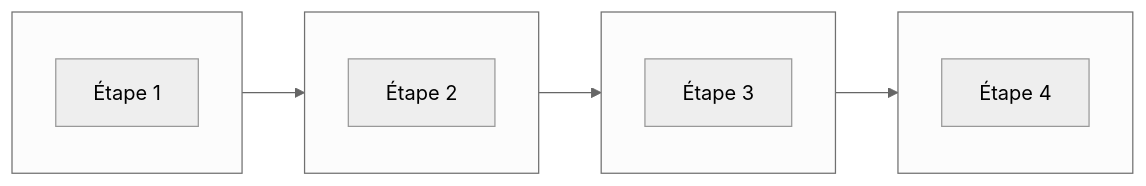
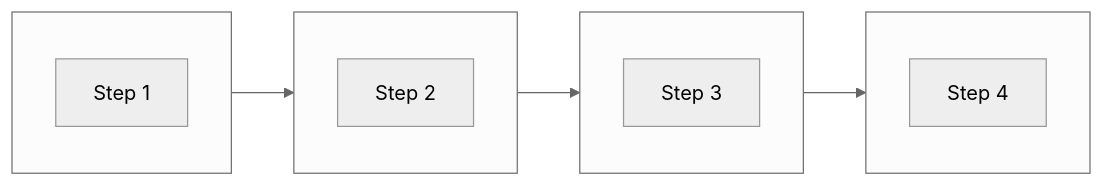
Before and after one commit to julien-riel/research-and-presentation-team: diagram 15 of 17 in .claude/skills/diagram-generator/SKILL.md, drawn with Mermaid (neutral theme). The commit also changed other lines of this file and 17 other files, not shown here.

````diff
--- a/.claude/skills/diagram-generator/SKILL.md
+++ b/.claude/skills/diagram-generator/SKILL.md
@@ -496,16 +496,16 @@
 ```mermaid
 flowchart LR
     subgraph S1[" "]
-        A[Étape 1]
+        A[Step 1]
     end
     subgraph S2[" "]
-        B[Étape 2]
+        B[Step 2]
     end
     subgraph S3[" "]
-        C[Étape 3]
+        C[Step 3]
     end
     subgraph S4[" "]
-        D[Étape 4]
+        D[Step 4]
     end
     S1 --> S2 --> S3 --> S4
 ```
````
